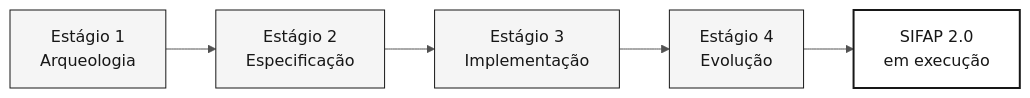
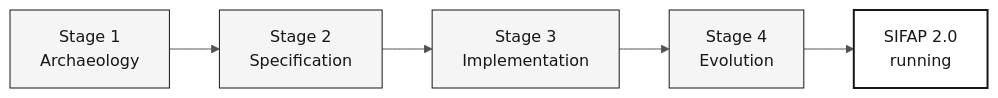
One commit to paulasilvatech/datacorp-mm-team-kit changed the diagram in docs/DOC-STYLE-GUIDE.md. Above: the diagram before and after it, drawn with Mermaid. The commit also changed other lines of this file and 169 other files, not shown here.

````diff
--- a/docs/DOC-STYLE-GUIDE.md
+++ b/docs/DOC-STYLE-GUIDE.md
@@ -143,13 +139,13 @@
 ```mermaid
 %%{init: {'theme':'neutral','themeVariables':{'fontFamily':'ui-sans-serif, system-ui, sans-serif','primaryColor':'#F5F5F5','primaryTextColor':'#171717','primaryBorderColor':'#171717','lineColor':'#525252','secondaryColor':'#FFFFFF','tertiaryColor':'#FAFAFA','background':'#FFFFFF'}}}%%
 flowchart LR
     classDef step fill:#F5F5F5,stroke:#171717,color:#171717
     classDef alt fill:#FFFFFF,stroke:#525252,color:#171717
     classDef muted fill:#FAFAFA,stroke:#A3A3A3,color:#404040
     classDef result fill:#FFFFFF,stroke:#171717,color:#171717,stroke-width:2px
 
-    A["Estágio 1<br/>Arqueologia"]:::step --> B["Estágio 2<br/>Especificação"]:::step
-    B --> C["Estágio 3<br/>Implementação"]:::step
-    C --> D["Estágio 4<br/>Evolução"]:::step
-    D --> E["SIFAP 2.0<br/>em execução"]:::result
+    A["Stage 1<br/>Archaeology"]:::step --> B["Stage 2<br/>Specification"]:::step
+    B --> C["Stage 3<br/>Implementation"]:::step
+    C --> D["Stage 4<br/>Evolution"]:::step
+    D --> E["SIFAP 2.0<br/>running"]:::result
 ```
````
